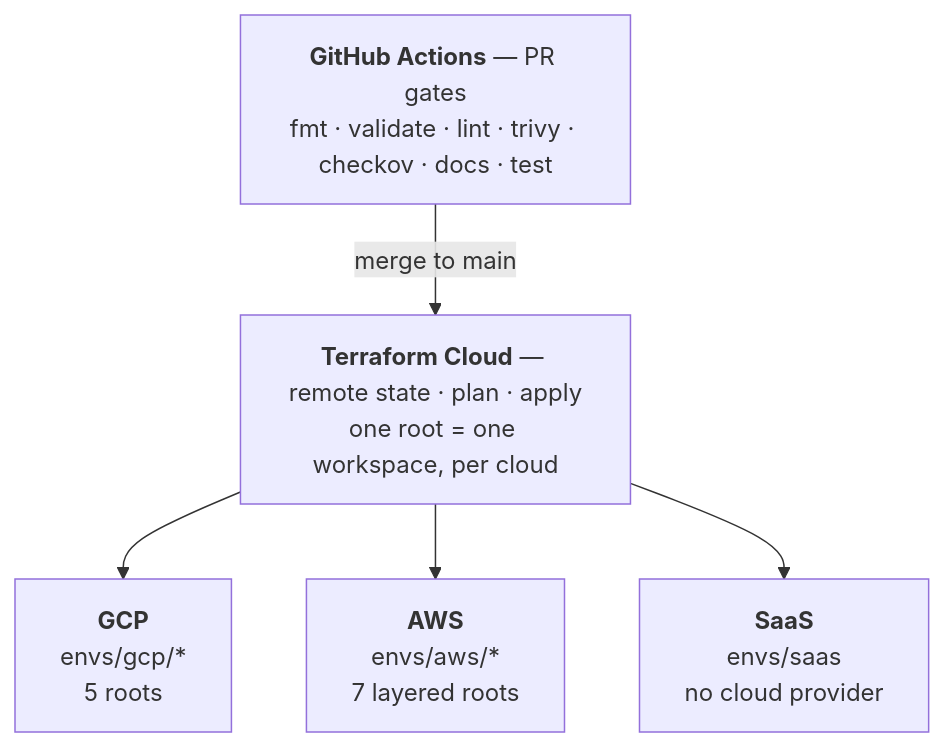
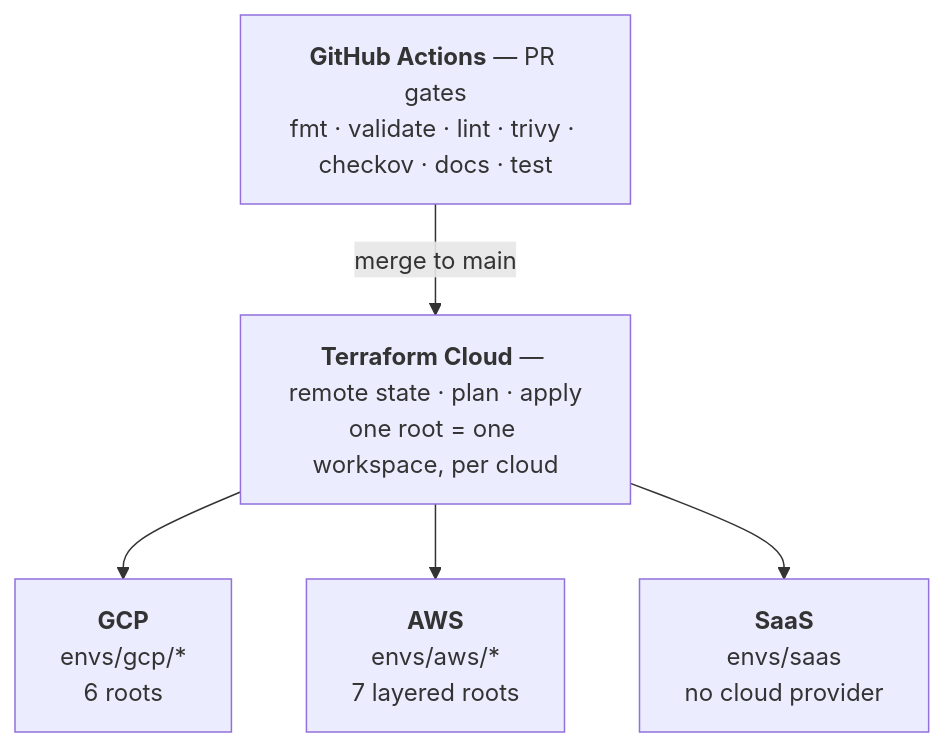
One commit to EdwinKassier/Ashes-Devops-Tools changed the diagram in README.md. Above: the diagram before and after it, drawn with Mermaid. The commit also changed other lines of this file and 7 other files, not shown here.

First line of the commit message:
docs: count six GCP roots and fail CI on a stale spelled-out root count

````diff
--- a/README.md
+++ b/README.md
@@ -90,9 +90,9 @@
 ```mermaid
 flowchart TB
     CI["<b>GitHub Actions</b> — PR gates<br/>fmt · validate · lint · trivy · checkov · docs · test"]
     TFC["<b>Terraform Cloud</b> — remote state · plan · apply<br/>one root = one workspace, per cloud"]
     CI -->|"merge to main"| TFC
-    TFC --> GCP["<b>GCP</b><br/>envs/gcp/*<br/>5 roots"]
+    TFC --> GCP["<b>GCP</b><br/>envs/gcp/*<br/>6 roots"]
     TFC --> AWS["<b>AWS</b><br/>envs/aws/*<br/>7 layered roots"]
     TFC --> SAAS["<b>SaaS</b><br/>envs/saas<br/>no cloud provider"]
 ```
````
